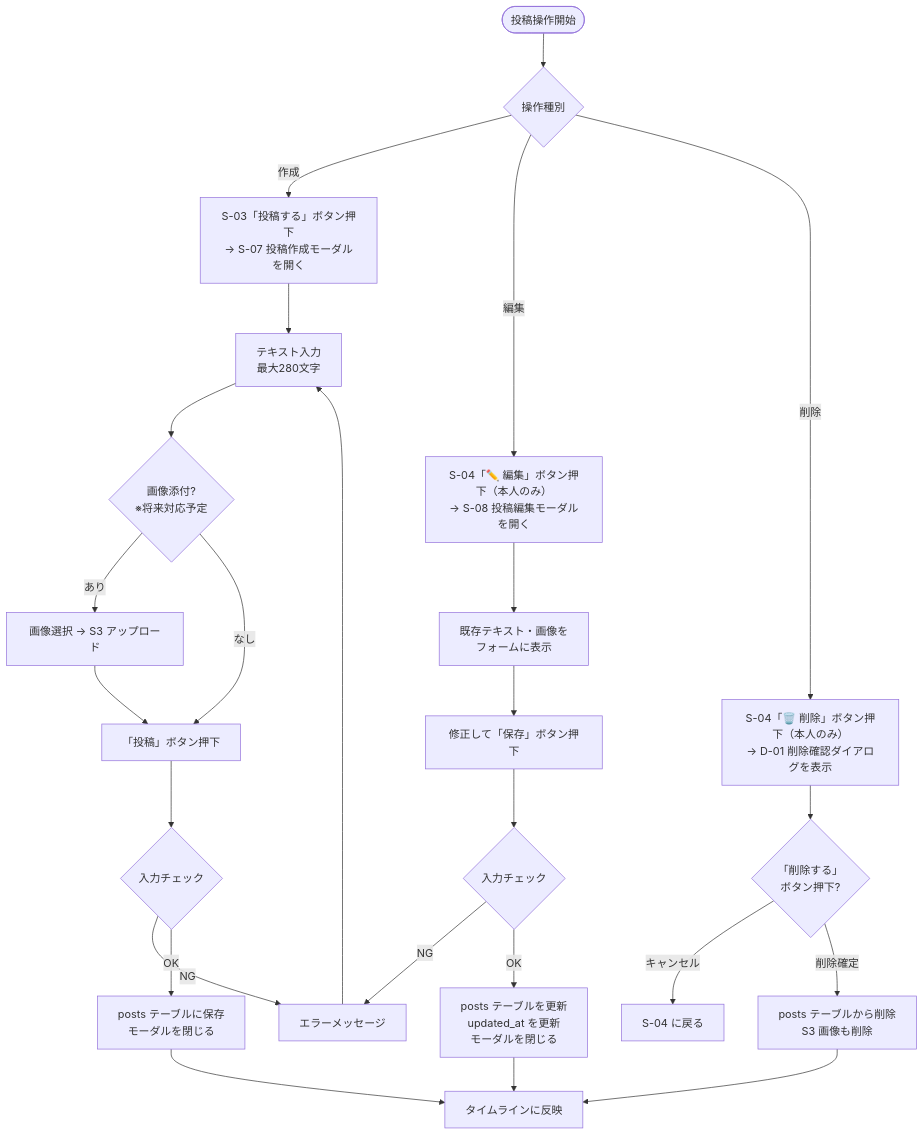
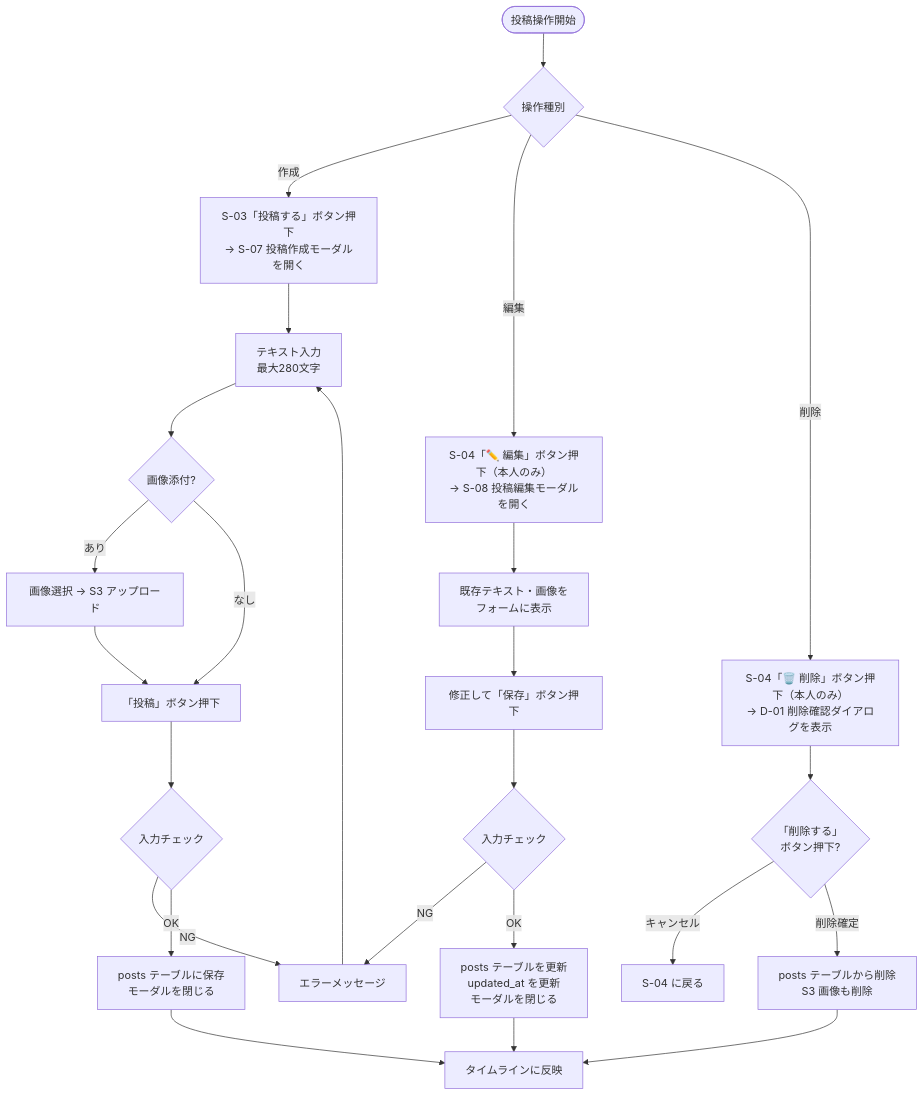
One commit to yamamotonaoki3/RaiseTimeLine changed the diagram in docs/details/features/F02_post.md. Above: the diagram before and after it, drawn with Mermaid. The commit also changed other lines of this file and 5 other files, not shown here.

````diff
--- a/docs/details/features/F02_post.md
+++ b/docs/details/features/F02_post.md
@@ -30,29 +30,29 @@
 ```mermaid
 flowchart TD
     A([投稿操作開始]) --> B{操作種別}
     B -- 作成 --> C["S-03「投稿する」ボタン押下\n→ S-07 投稿作成モーダルを開く"]
     C --> D[テキスト入力\n最大280文字]
-    D --> E{画像添付?\n※将来対応予定}
+    D --> E{画像添付?}
     E -- あり --> F[画像選択 → S3 アップロード]
     E -- なし --> G[「投稿」ボタン押下]
     F --> G
     G --> H{入力チェック}
     H -- NG --> I[エラーメッセージ]
     I --> D
     H -- OK --> J[posts テーブルに保存\nモーダルを閉じる]
     J --> K[タイムラインに反映]
 
     B -- 編集 --> L["S-04「✏️ 編集」ボタン押下（本人のみ）\n→ S-08 投稿編集モーダルを開く"]
     L --> M[既存テキスト・画像を\nフォームに表示]
     M --> N[修正して「保存」ボタン押下]
     N --> O{入力チェック}
     O -- NG --> I
     O -- OK --> P[posts テーブルを更新\nupdated_at を更新\nモーダルを閉じる]
     P --> K
 
     B -- 削除 --> Q["S-04「🗑️ 削除」ボタン押下（本人のみ）\n→ D-01 削除確認ダイアログを表示"]
     Q --> R{"「削除する」\nボタン押下?"}
     R -- キャンセル --> S04[S-04 に戻る]
     R -- 削除確定 --> S[posts テーブルから削除\nS3 画像も削除]
     S --> K
 ```
````
